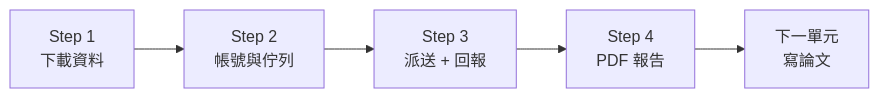
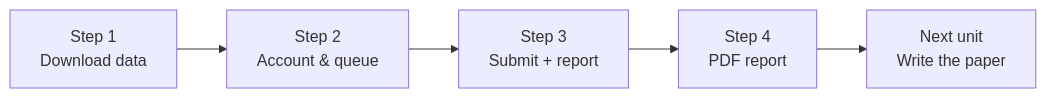
Before and after one commit to gemini960114/ai-workshop-research: the diagram in 05-ai-workshop-qiime2-analysis/README.md, drawn with Mermaid. The commit also changed other lines of this file and 28 other files, not shown here.

````diff
--- a/05-ai-workshop-qiime2-analysis/README.md
+++ b/05-ai-workshop-qiime2-analysis/README.md
@@ -24,7 +26,7 @@
 ```mermaid
 flowchart LR
-    A["Step 1<br>下載資料"] --> B["Step 2<br>帳號與佇列"]
-    B --> C["Step 3<br>派送 + 回報"]
-    C --> D["Step 4<br>PDF 報告"]
-    D --> F["下一單元<br>寫論文"]
+    A["Step 1<br>Download data"] --> B["Step 2<br>Account & queue"]
+    B --> C["Step 3<br>Submit + report"]
+    C --> D["Step 4<br>PDF report"]
+    D --> F["Next unit<br>Write the paper"]
 ```
````
